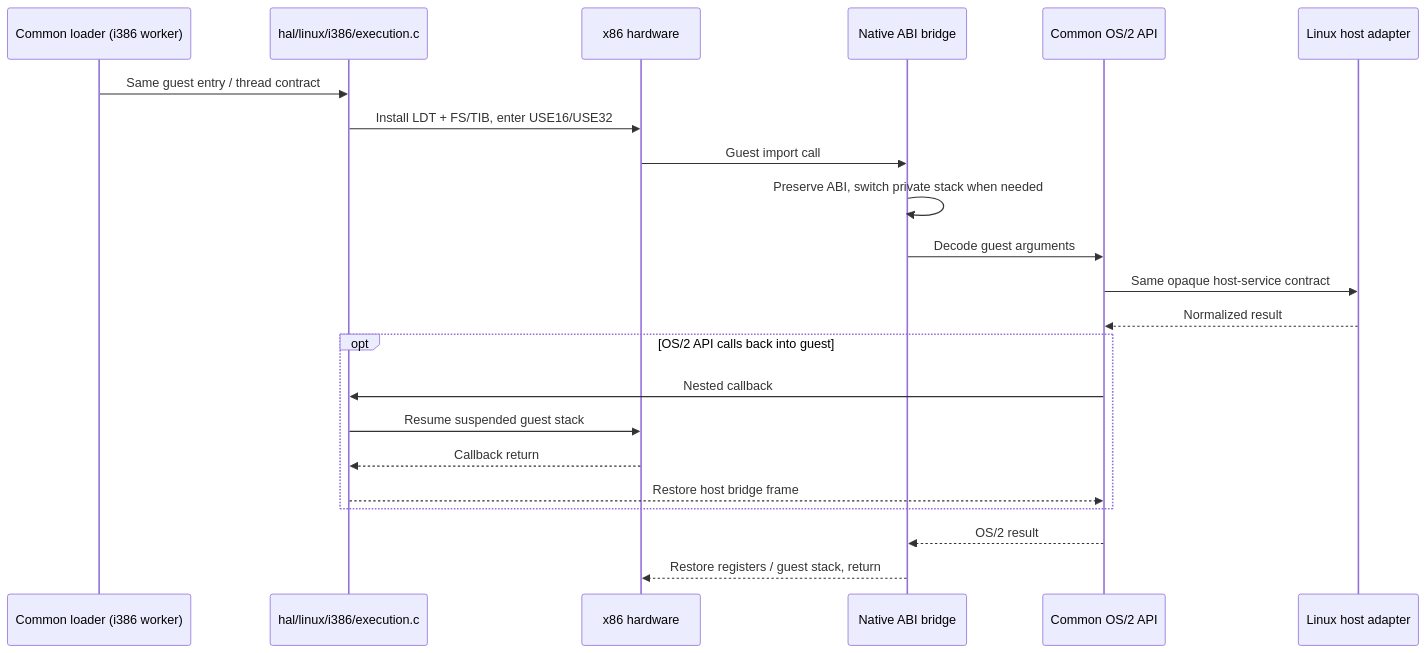
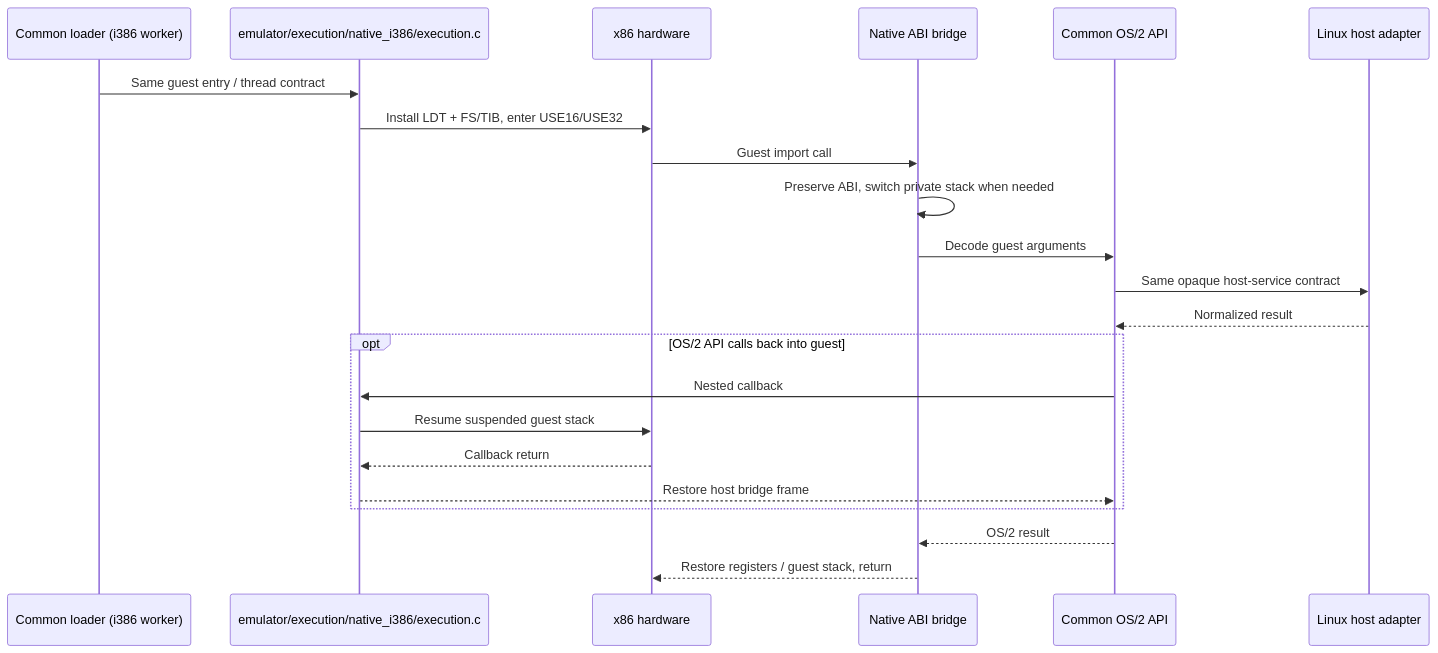
The fifth of 9 diagrams in docs/architecture.md (bitwisecook/2ine), drawn with Mermaid before and after one commit. The commit also changed other lines of this file and 23 other files, not shown here.

First line of the commit message:
Move the execution backends to emulator/execution

````diff
--- a/docs/architecture.md
+++ b/docs/architecture.md
@@ -176,24 +176,24 @@
 ```mermaid
 sequenceDiagram
     participant Loader as Common loader (i386 worker)
-    participant Exec as hal/linux/i386/execution.c
+    participant Exec as emulator/execution/native_i386/execution.c
     participant CPU as x86 hardware
     participant Bridge as Native ABI bridge
     participant API as Common OS/2 API
     participant Host as Linux host adapter
     Loader->>Exec: Same guest entry / thread contract
     Exec->>CPU: Install LDT + FS/TIB, enter USE16/USE32
     CPU->>Bridge: Guest import call
     Bridge->>Bridge: Preserve ABI, switch private stack when needed
     Bridge->>API: Decode guest arguments
     API->>Host: Same opaque host-service contract
     Host-->>API: Normalized result
     opt OS/2 API calls back into guest
         API->>Exec: Nested callback
         Exec->>CPU: Resume suspended guest stack
         CPU-->>Exec: Callback return
         Exec-->>API: Restore host bridge frame
     end
     API-->>Bridge: OS/2 result
     Bridge-->>CPU: Restore registers / guest stack, return
 ```
````
